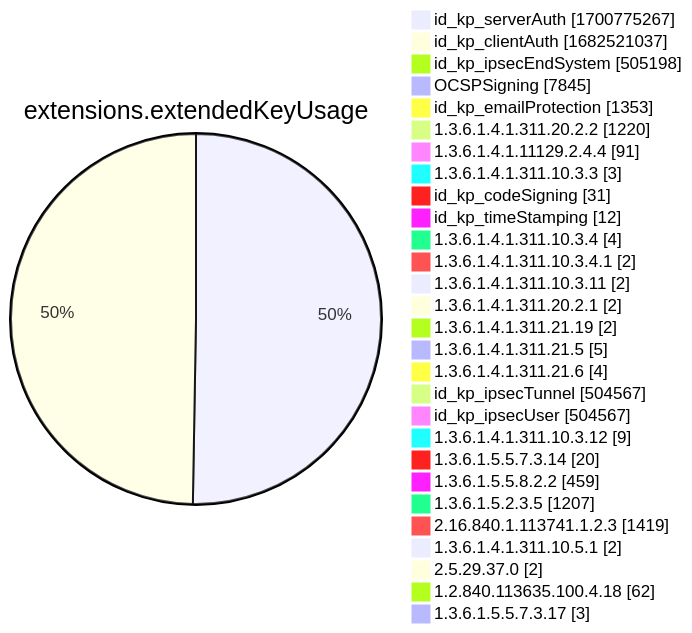
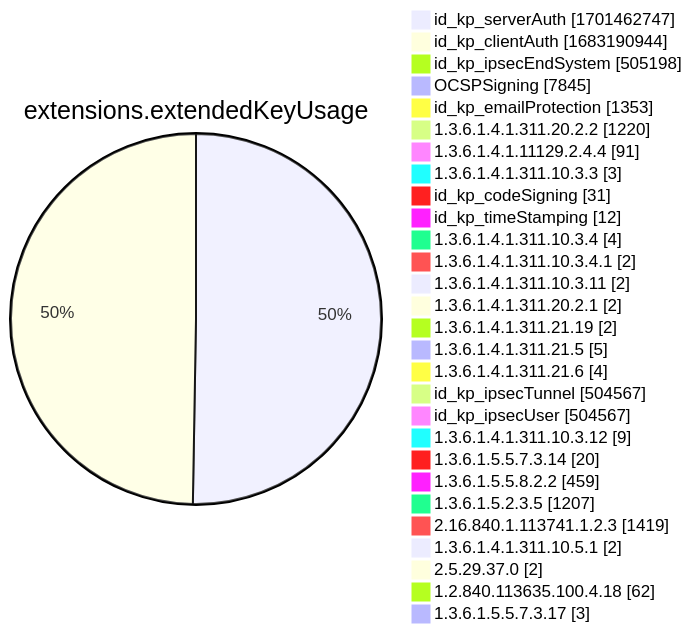
Before and after one commit to christiankrug/ctmonitor_visualization: diagram 12 of 15 in xenon2022/README.md, drawn with Mermaid. The commit also changed other lines of this file, not shown here.

````diff
--- a/xenon2022/README.md
+++ b/xenon2022/README.md
@@ -3888,32 +3888,32 @@
 ```mermaid
 pie showData
 title extensions.extendedKeyUsage
-"id_kp_serverAuth" :1700775267
-"id_kp_clientAuth" :1682521037
+"id_kp_serverAuth" :1701462747
+"id_kp_clientAuth" :1683190944
 "id_kp_ipsecEndSystem" :505198
 "OCSPSigning" :7845
 "id_kp_emailProtection" :1353
 "1.3.6.1.4.1.311.20.2.2" :1220
 "1.3.6.1.4.1.11129.2.4.4" :91
 "1.3.6.1.4.1.311.10.3.3" :3
 "id_kp_codeSigning" :31
 "id_kp_timeStamping" :12
 "1.3.6.1.4.1.311.10.3.4" :4
 "1.3.6.1.4.1.311.10.3.4.1" :2
 "1.3.6.1.4.1.311.10.3.11" :2
 "1.3.6.1.4.1.311.20.2.1" :2
 "1.3.6.1.4.1.311.21.19" :2
 "1.3.6.1.4.1.311.21.5" :5
 "1.3.6.1.4.1.311.21.6" :4
 "id_kp_ipsecTunnel" :504567
 "id_kp_ipsecUser" :504567
 "1.3.6.1.4.1.311.10.3.12" :9
 "1.3.6.1.5.5.7.3.14" :20
 "1.3.6.1.5.5.8.2.2" :459
 "1.3.6.1.5.2.3.5" :1207
 "2.16.840.1.113741.1.2.3" :1419
 "1.3.6.1.4.1.311.10.5.1" :2
 "2.5.29.37.0" :2
 "1.2.840.113635.100.4.18" :62
 "1.3.6.1.5.5.7.3.17" :3
 ```
````
